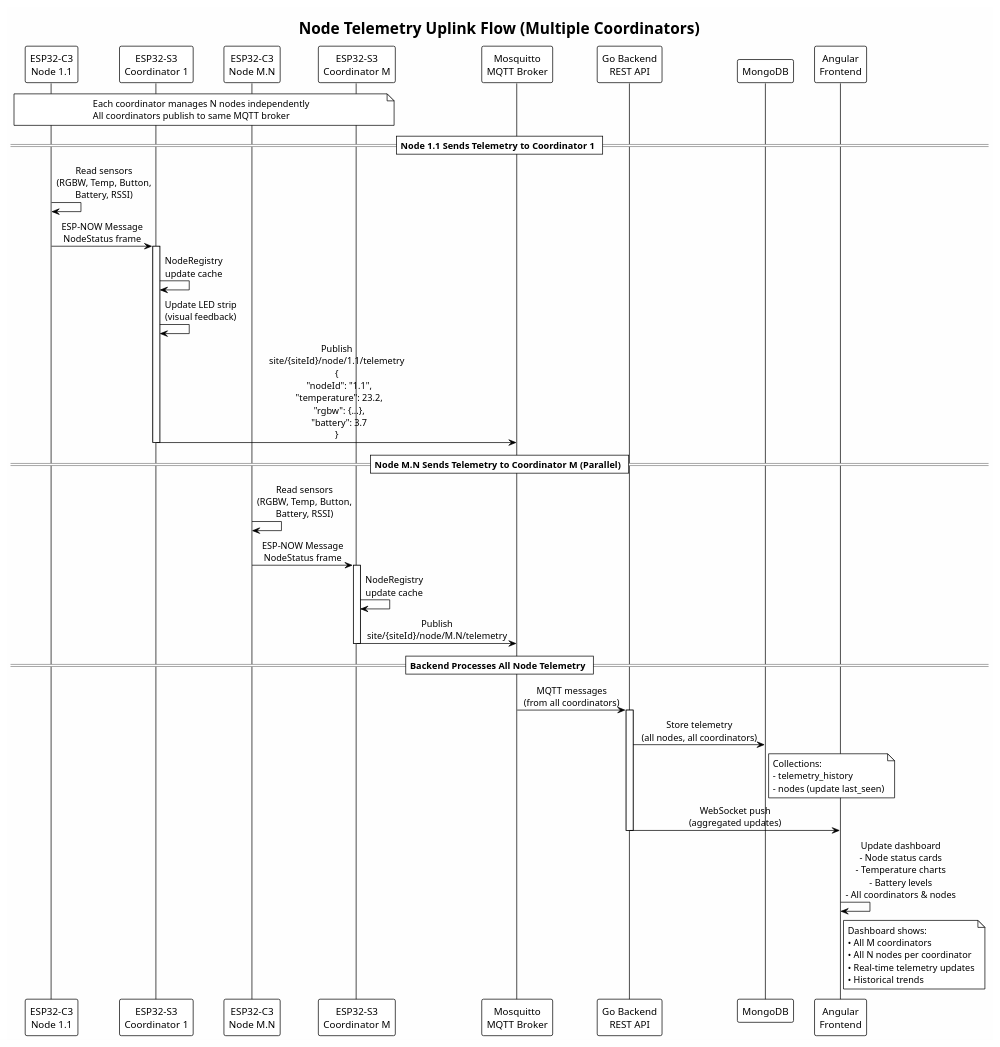
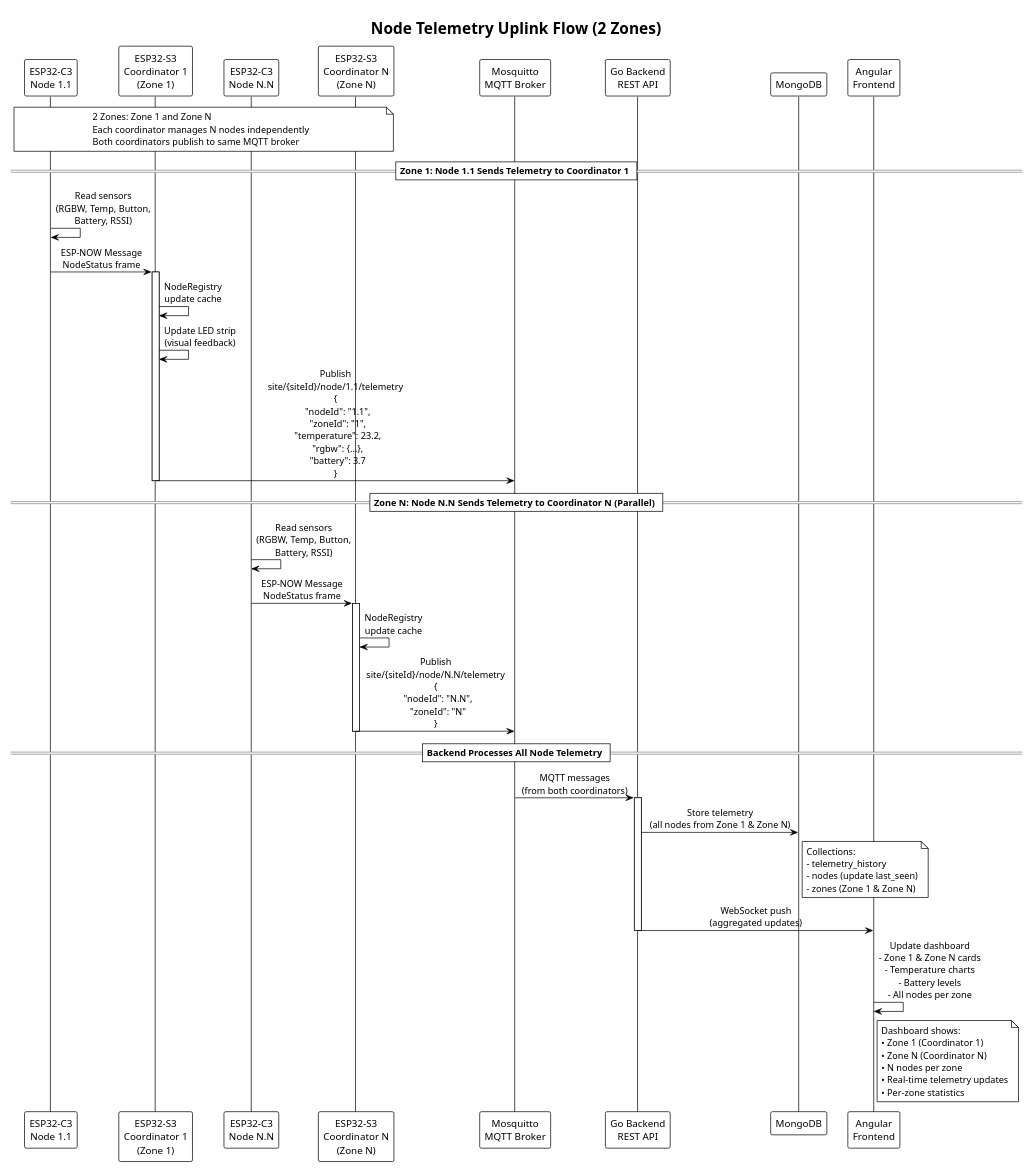
One commit to DICEsda/IOT-TileNodeCoordinator changed the diagram in docs/dataflow-telemetry-uplink.puml. Above: the diagram before and after it, drawn with PlantUML. The commit also changed 6 other files, not shown here.

Commit message:
Simplify architecture to 2 zones (Zone 1 and Zone N) with N nodes each

```diff
--- a/docs/dataflow-telemetry-uplink.puml
+++ b/docs/dataflow-telemetry-uplink.puml
@@ -1,65 +1,68 @@
 @startuml Node Telemetry Uplink Flow
 
 !theme plain
 skinparam sequenceMessageAlign center
 skinparam backgroundColor #FEFEFE
 
-title Node Telemetry Uplink Flow (Multiple Coordinators)
+title Node Telemetry Uplink Flow (2 Zones)
 
 participant "ESP32-C3\nNode 1.1" as Node11
-participant "ESP32-S3\nCoordinator 1" as Coord1
-participant "ESP32-C3\nNode M.N" as NodeMN
-participant "ESP32-S3\nCoordinator M" as CoordM
+participant "ESP32-S3\nCoordinator 1\n(Zone 1)" as Coord1
+participant "ESP32-C3\nNode N.N" as NodeNN
+participant "ESP32-S3\nCoordinator N\n(Zone N)" as CoordN
 participant "Mosquitto\nMQTT Broker" as MQTT
 participant "Go Backend\nREST API" as Backend
 participant "MongoDB" as DB
 participant "Angular\nFrontend" as Frontend
 
-note over Node11, CoordM
+note over Node11, CoordN
+  2 Zones: Zone 1 and Zone N
   Each coordinator manages N nodes independently
-  All coordinators publish to same MQTT broker
+  Both coordinators publish to same MQTT broker
 end note
 
-== Node 1.1 Sends Telemetry to Coordinator 1 ==
+== Zone 1: Node 1.1 Sends Telemetry to Coordinator 1 ==
 
 Node11 -> Node11: Read sensors\n(RGBW, Temp, Button,\nBattery, RSSI)
 Node11 -> Coord1: ESP-NOW Message\nNodeStatus frame
 activate Coord1
 Coord1 -> Coord1: NodeRegistry\nupdate cache
 Coord1 -> Coord1: Update LED strip\n(visual feedback)
-Coord1 -> MQTT: Publish\nsite/{siteId}/node/1.1/telemetry\n{\n  "nodeId": "1.1",\n  "temperature": 23.2,\n  "rgbw": {...},\n  "battery": 3.7\n}
+Coord1 -> MQTT: Publish\nsite/{siteId}/node/1.1/telemetry\n{\n  "nodeId": "1.1",\n  "zoneId": "1",\n  "temperature": 23.2,\n  "rgbw": {...},\n  "battery": 3.7\n}
 deactivate Coord1
 
-== Node M.N Sends Telemetry to Coordinator M (Parallel) ==
+== Zone N: Node N.N Sends Telemetry to Coordinator N (Parallel) ==
 
-NodeMN -> NodeMN: Read sensors\n(RGBW, Temp, Button,\nBattery, RSSI)
-NodeMN -> CoordM: ESP-NOW Message\nNodeStatus frame
-activate CoordM
-CoordM -> CoordM: NodeRegistry\nupdate cache
-CoordM -> MQTT: Publish\nsite/{siteId}/node/M.N/telemetry
-deactivate CoordM
+NodeNN -> NodeNN: Read sensors\n(RGBW, Temp, Button,\nBattery, RSSI)
+NodeNN -> CoordN: ESP-NOW Message\nNodeStatus frame
+activate CoordN
+CoordN -> CoordN: NodeRegistry\nupdate cache
+CoordN -> MQTT: Publish\nsite/{siteId}/node/N.N/telemetry\n{\n  "nodeId": "N.N",\n  "zoneId": "N"\n}
+deactivate CoordN
 
 == Backend Processes All Node Telemetry ==
 
-MQTT -> Backend: MQTT messages\n(from all coordinators)
+MQTT -> Backend: MQTT messages\n(from both coordinators)
 activate Backend
-Backend -> DB: Store telemetry\n(all nodes, all coordinators)
+Backend -> DB: Store telemetry\n(all nodes from Zone 1 & Zone N)
 note right of DB
   Collections:
   - telemetry_history
   - nodes (update last_seen)
+  - zones (Zone 1 & Zone N)
 end note
 Backend -> Frontend: WebSocket push\n(aggregated updates)
 deactivate Backend
 
-Frontend -> Frontend: Update dashboard\n- Node status cards\n- Temperature charts\n- Battery levels\n- All coordinators & nodes
+Frontend -> Frontend: Update dashboard\n- Zone 1 & Zone N cards\n- Temperature charts\n- Battery levels\n- All nodes per zone
 
 note right of Frontend
   Dashboard shows:
-  • All M coordinators
-  • All N nodes per coordinator
+  • Zone 1 (Coordinator 1)
+  • Zone N (Coordinator N)
+  • N nodes per zone
   • Real-time telemetry updates
-  • Historical trends
+  • Per-zone statistics
 end note
 
 @enduml
```
